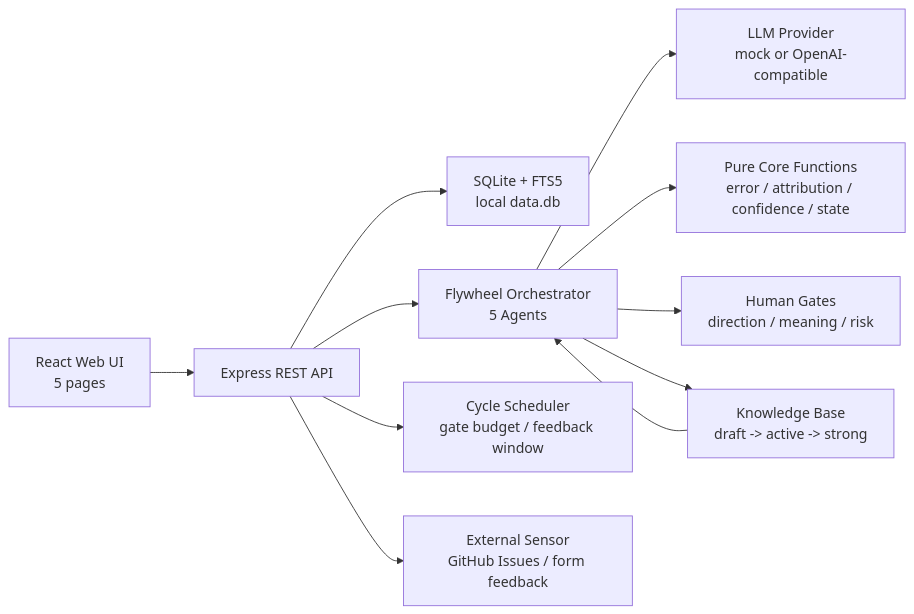
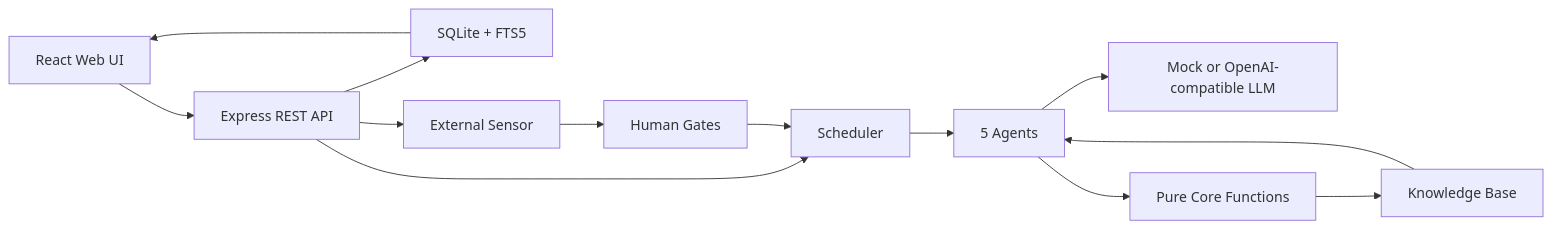
One commit to amanayayatu-tech/Alaya changed the diagram in README.md. Above: the diagram before and after it, drawn with Mermaid. The commit also changed other lines of this file and 9 other files, not shown here.

````diff
--- a/README.md
+++ b/README.md
@@ -108,13 +94,15 @@
 ```mermaid
 flowchart LR
-  UI["React Web UI<br/>5 pages"] --> API["Express REST API"]
-  API --> DB["SQLite + FTS5<br/>local data.db"]
-  API --> FW["Flywheel Orchestrator<br/>5 Agents"]
-  API --> SCHED["Cycle Scheduler<br/>gate budget / feedback window"]
-  API --> SENSOR["External Sensor<br/>GitHub Issues / form feedback"]
-  FW --> LLM["LLM Provider<br/>mock or OpenAI-compatible"]
-  FW --> CORE["Pure Core Functions<br/>error / attribution / confidence / state"]
-  FW --> GATES["Human Gates<br/>direction / meaning / risk"]
-  FW --> KB["Knowledge Base<br/>draft -> active -> strong"]
-  KB --> FW
+  UI["React Web UI"] --> API["Express REST API"]
+  API --> DB["SQLite + FTS5"]
+  API --> Scheduler["Scheduler"]
+  API --> Sensor["External Sensor"]
+  Scheduler --> Agents["5 Agents"]
+  Sensor --> Gates["Human Gates"]
+  Agents --> LLM["Mock or OpenAI-compatible LLM"]
+  Agents --> Core["Pure Core Functions"]
+  Core --> KB["Knowledge Base"]
+  KB --> Agents
+  Gates --> Scheduler
+  DB --> UI
 ```
````
